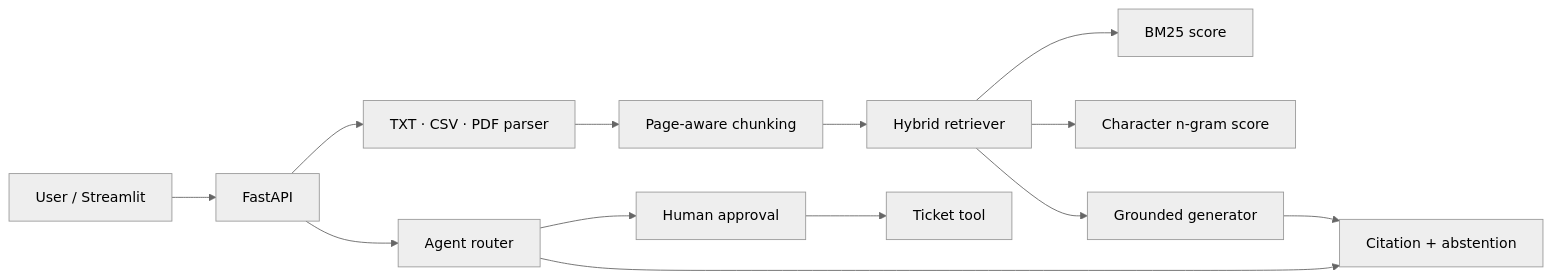
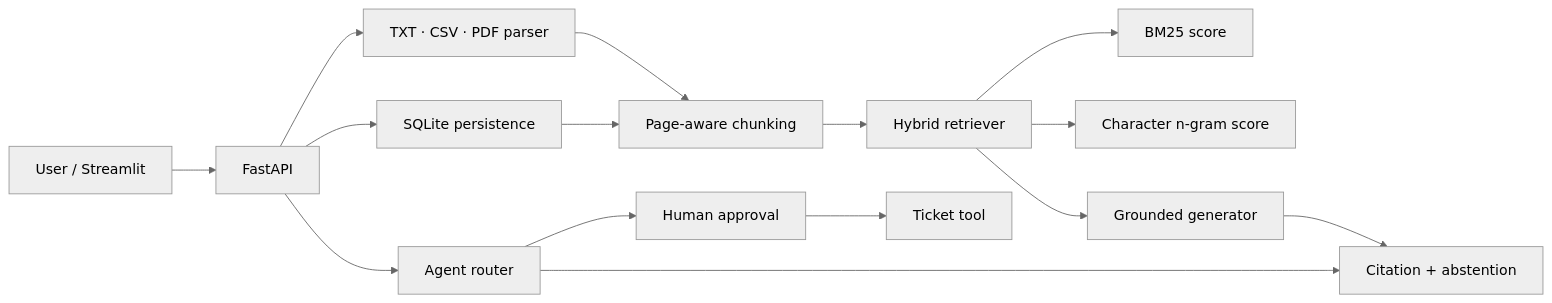
One commit to lyffr/docops-agent changed the diagram in docs/architecture.md. Above: the diagram before and after it, drawn with Mermaid (neutral theme). The commit also changed other lines of this file and 16 other files, not shown here.

Commit message:
Add SQLite persistence and document management APIs

````diff
--- a/docs/architecture.md
+++ b/docs/architecture.md
@@ -3,15 +3,17 @@
 ```mermaid
 flowchart LR
     U["User / Streamlit"] --> API["FastAPI"]
     API --> P["TXT · CSV · PDF parser"]
     P --> C["Page-aware chunking"]
     C --> R["Hybrid retriever"]
     R --> S["BM25 score"]
     R --> D["Character n-gram score"]
     R --> G["Grounded generator"]
     G --> V["Citation + abstention"]
     API --> A["Agent router"]
+    API --> DB["SQLite persistence"]
+    DB --> C
     A --> V
     A --> H["Human approval"]
     H --> T["Ticket tool"]
 ```
````
